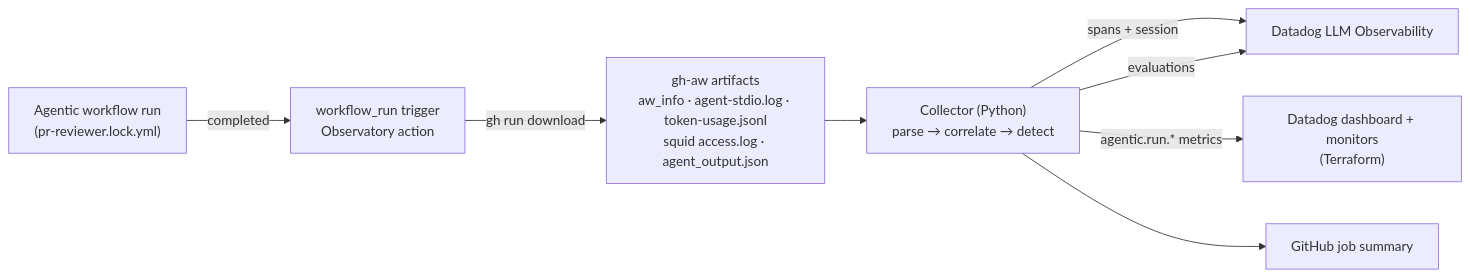
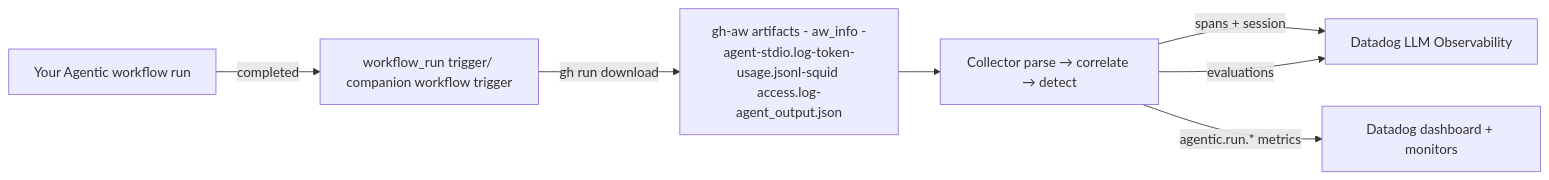
Before and after one commit to victorperr/agentic-workflow-observatory: the diagram in README.md, drawn with Mermaid. The commit also changed other lines of this file, not shown here.

````diff
--- a/README.md
+++ b/README.md
@@ -34,10 +34,9 @@
 ```mermaid
 flowchart LR
-    A["Agentic workflow run<br/>(pr-reviewer.lock.yml)"] -- "completed" --> B["workflow_run trigger<br/>Observatory action"]
-    B -- "gh run download" --> C["gh-aw artifacts<br/>aw_info · agent-stdio.log · token-usage.jsonl<br/>squid access.log · agent_output.json"]
-    C --> D["Collector (Python)<br/>parse → correlate → detect"]
+    A["Your Agentic workflow run"] -- "completed" --> B["workflow_run trigger/ companion workflow trigger"]
+    B -- "gh run download" --> C["gh-aw artifacts - aw_info -agent-stdio.log-token-usage.jsonl-squid access.log-agent_output.json"]
+    C --> D["Collector parse → correlate → detect"]
     D -- "spans + session" --> E["Datadog LLM Observability"]
     D -- "evaluations" --> E
-    D -- "agentic.run.* metrics" --> F["Datadog dashboard + monitors<br/>(Terraform)"]
-    D --> G["GitHub job summary"]
+    D -- "agentic.run.* metrics" --> F["Datadog dashboard + monitors"]
 ```
````
